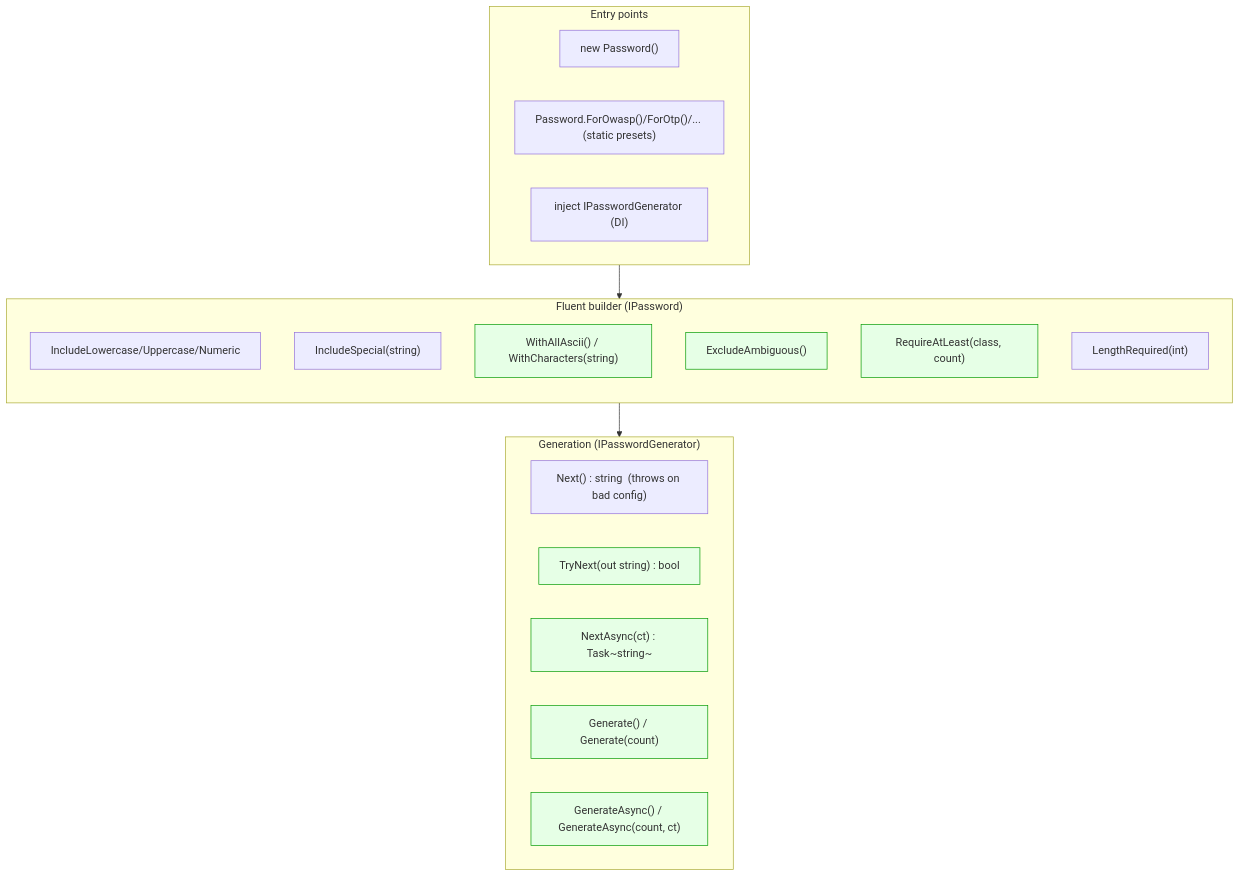
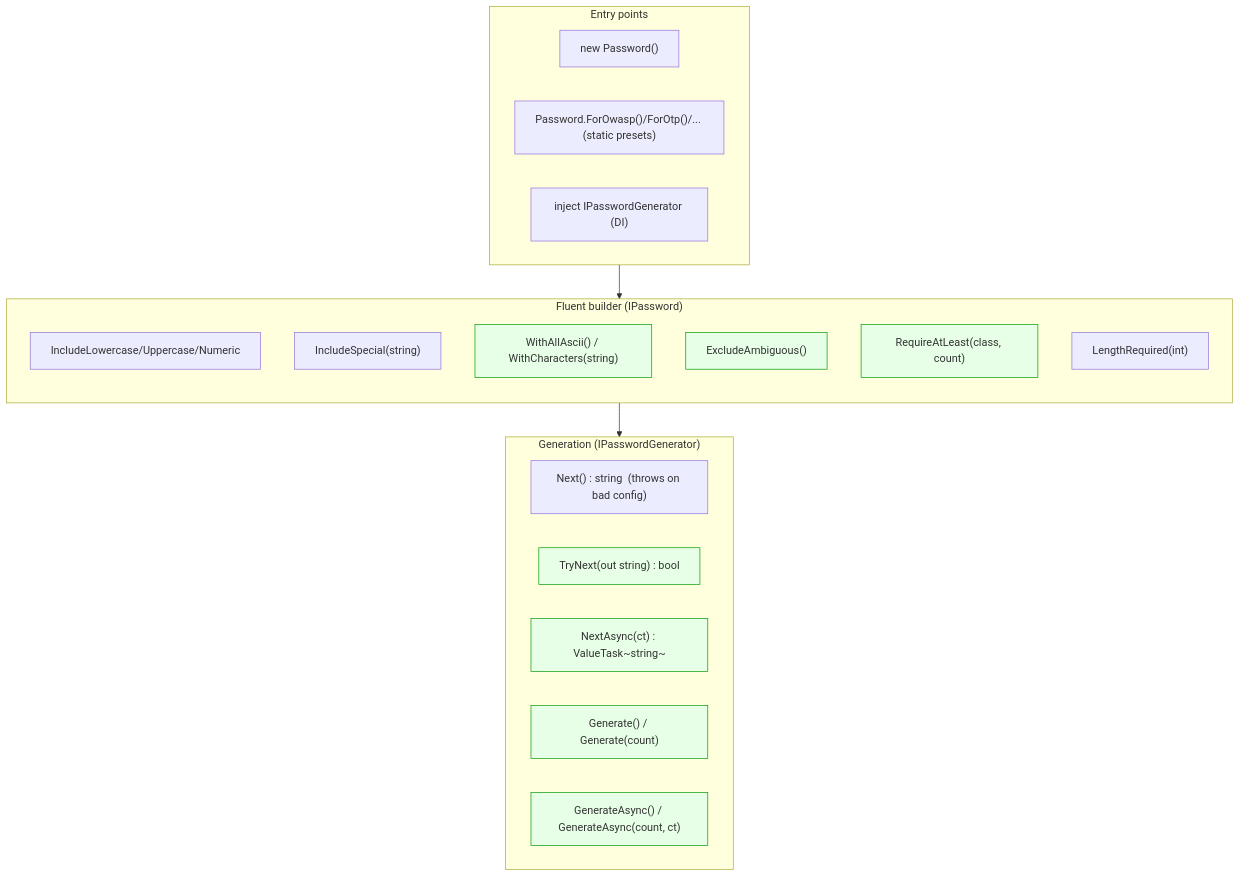
Before and after one commit to prjseal/PasswordGenerator: the first of 4 diagrams in docs/api-surface.md, drawn with Mermaid. The commit also changed 4 other files, not shown here.

First line of the commit message:
Use ValueTask and cancelled-task semantics for async APIs

````diff
--- a/docs/api-surface.md
+++ b/docs/api-surface.md
@@ -12,27 +12,27 @@
 ```mermaid
 flowchart TD
     subgraph Entry["Entry points"]
         e1["new Password()"]
         e2["Password.ForOwasp()/ForOtp()/... (static presets)"]
         e3["inject IPasswordGenerator (DI)"]
     end
     subgraph Build["Fluent builder (IPassword)"]
         direction TB
         b1["IncludeLowercase/Uppercase/Numeric"]
         b2["IncludeSpecial(string)"]
         b3["WithAllAscii() / WithCharacters(string)"]
         b4["ExcludeAmbiguous()"]
         b5["RequireAtLeast(class, count)"]
         b6["LengthRequired(int)"]
     end
     subgraph Gen["Generation (IPasswordGenerator)"]
         g1["Next() : string  (throws on bad config)"]
         g2["TryNext(out string) : bool"]
-        g3["NextAsync(ct) : Task~string~"]
+        g3["NextAsync(ct) : ValueTask~string~"]
         g4["Generate() / Generate(count)"]
         g5["GenerateAsync() / GenerateAsync(count, ct)"]
     end
     Entry --> Build --> Gen
     classDef good fill:#e6ffe6,stroke:#009900;
     class g2,g3,g4,g5,b3,b4,b5 good;
 ```
````
